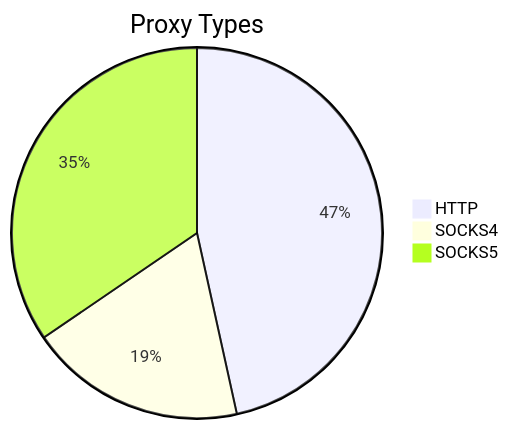
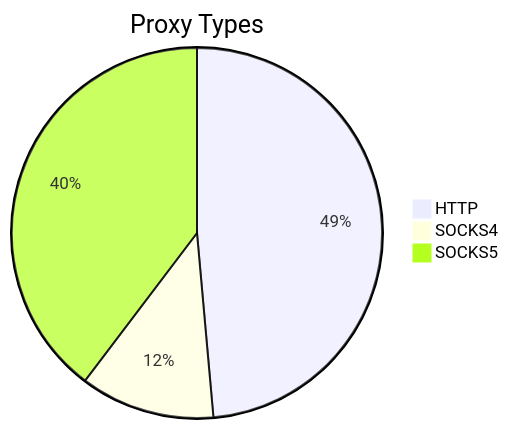
The first of 2 diagrams in README.md (stormsia/proxy-list), drawn with Mermaid before and after one commit. The commit also changed other lines of this file, not shown here.

````diff
--- a/README.md
+++ b/README.md
@@ -21,6 +21,6 @@
 ```mermaid
 pie title Proxy Types
-    "HTTP" : 337
-    "SOCKS4" : 137
-    "SOCKS5" : 250
+    "HTTP" : 240
+    "SOCKS4" : 58
+    "SOCKS5" : 196
 ```
````
